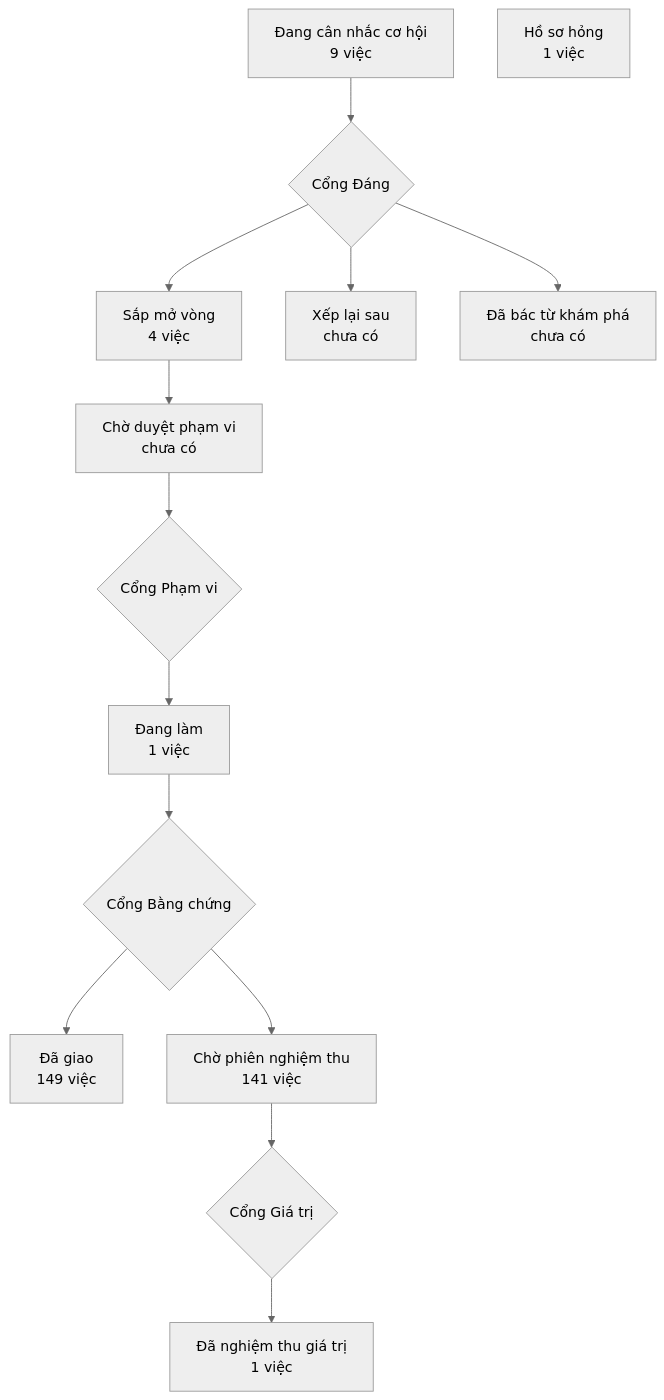
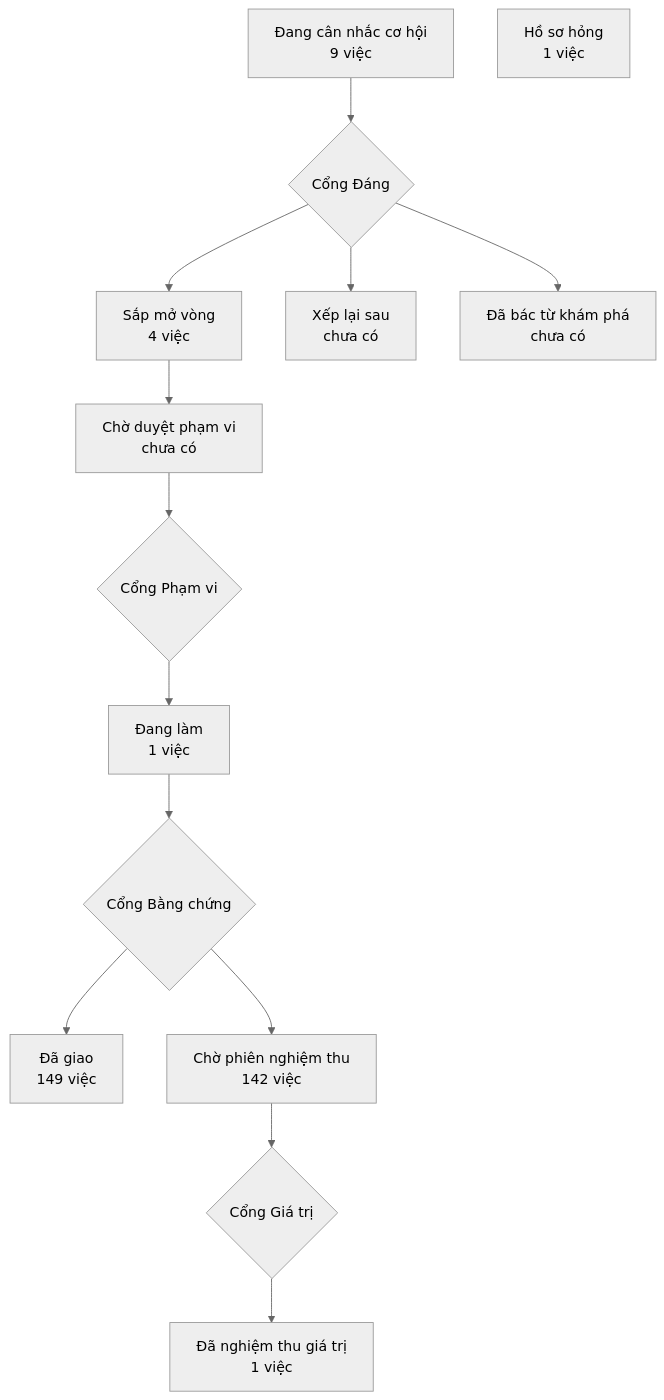
One commit to phanlemanh/crm-onehub changed the diagram in PRODUCT-MAP.md. Above: the diagram before and after it, drawn with Mermaid (neutral theme). The commit also changed 1 other file, not shown here.

Commit message:
docs(lo-trinh-hien-ngay-du-kien): vẽ lại LO-TRINH.html trong clone độc lập sau gộp onehub

````diff
--- a/PRODUCT-MAP.md
+++ b/PRODUCT-MAP.md
@@ -7,13 +7,13 @@
 ```mermaid
 flowchart TD
   A["Đang cân nhắc cơ hội<br/>9 việc"] --> GD{"Cổng Đáng"}
   GD --> B["Sắp mở vòng<br/>4 việc"]
   GD --> XL["Xếp lại sau<br/>chưa có"]
   GD --> DB["Đã bác từ khám phá<br/>chưa có"]
   B --> CD["Chờ duyệt phạm vi<br/>chưa có"] --> GP{"Cổng Phạm vi"}
   GP --> DL["Đang làm<br/>1 việc"] --> GB{"Cổng Bằng chứng"}
   GB --> DG["Đã giao<br/>149 việc"]
-  GB --> CN["Chờ phiên nghiệm thu<br/>141 việc"] --> GG{"Cổng Giá trị"}
+  GB --> CN["Chờ phiên nghiệm thu<br/>142 việc"] --> GG{"Cổng Giá trị"}
   GG --> NT["Đã nghiệm thu giá trị<br/>1 việc"]
   HS["Hồ sơ hỏng<br/>1 việc"]
 ```
````
